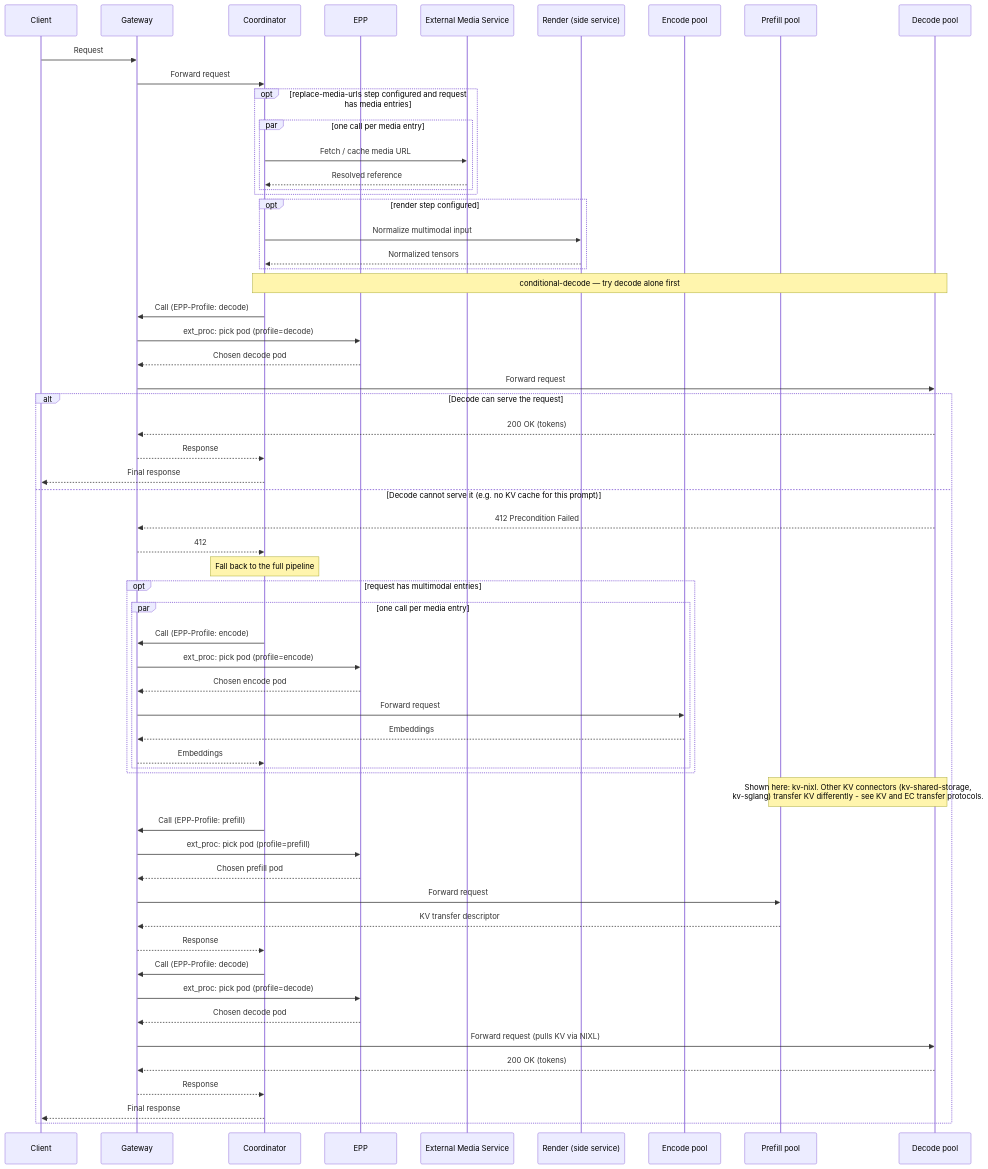
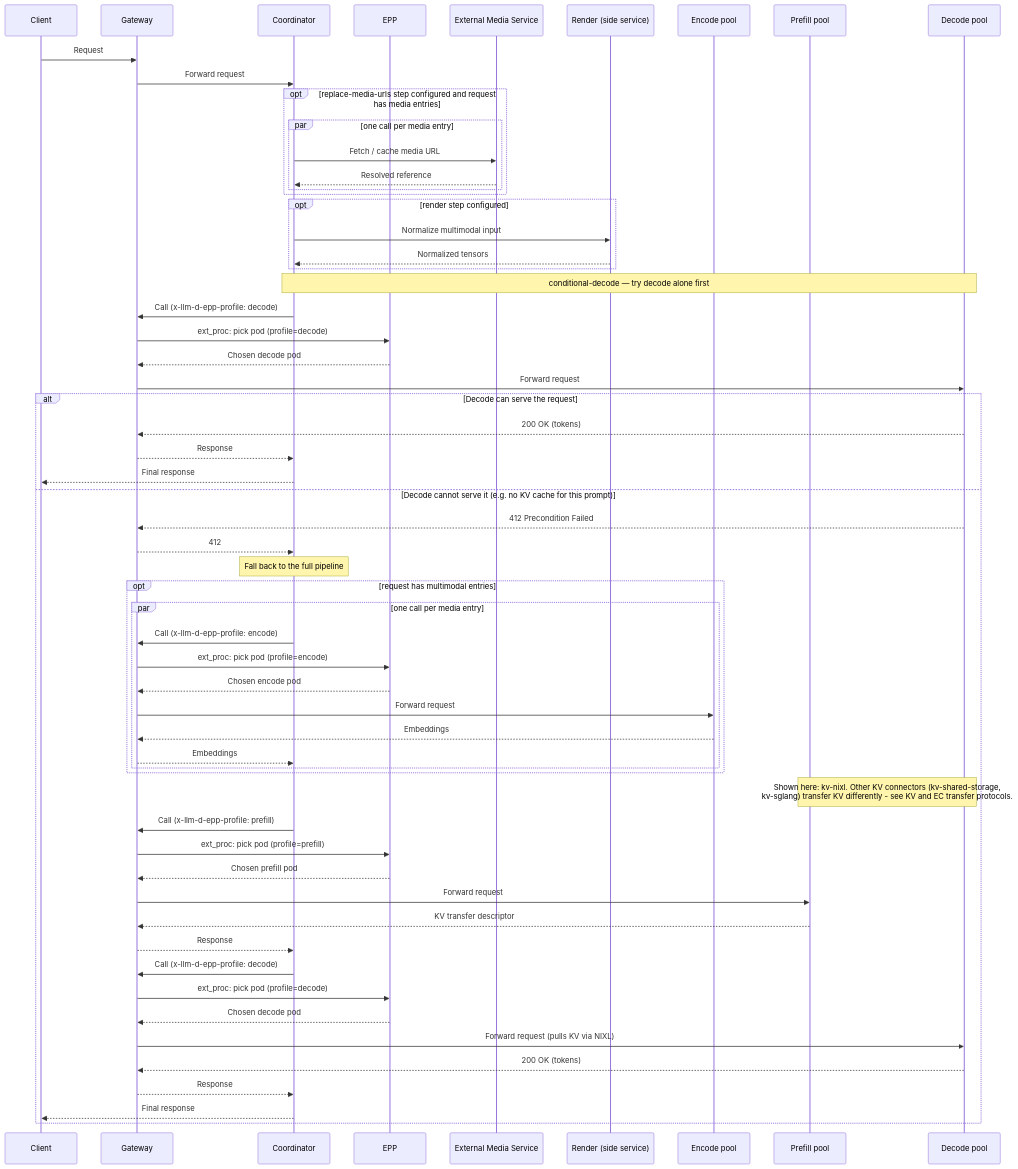
Before and after one commit to mistralai/llm-d-router-public: the diagram in docs/coordinator_architecture.md, drawn with Mermaid. The commit also changed other lines of this file and 35 other files, not shown here.

First line of the commit message:
feat(coordinator) rename coordinator headers to the x-llm-d- prefix (#3200)

````diff
--- a/docs/coordinator_architecture.md
+++ b/docs/coordinator_architecture.md
@@ -144,70 +144,70 @@
 ```mermaid
 sequenceDiagram
     participant Client
     participant Gateway
     participant Coordinator
     participant EPP
     participant Media as External Media Service
     participant Render as Render (side service)
     participant Encode as Encode pool
     participant Prefill as Prefill pool
     participant Decode as Decode pool
 
     Client->>Gateway: Request
     Gateway->>Coordinator: Forward request
 
     opt replace-media-urls step configured and request has media entries
         par one call per media entry
             Coordinator->>Media: Fetch / cache media URL
             Media-->>Coordinator: Resolved reference
         end
     end
 
     opt render step configured
         Coordinator->>Render: Normalize multimodal input
         Render-->>Coordinator: Normalized tensors
     end
 
     Note over Coordinator,Decode: conditional-decode — try decode alone first
-    Coordinator->>Gateway: Call (EPP-Profile: decode)
+    Coordinator->>Gateway: Call (x-llm-d-epp-profile: decode)
     Gateway->>EPP: ext_proc: pick pod (profile=decode)
     EPP-->>Gateway: Chosen decode pod
     Gateway->>Decode: Forward request
 
     alt Decode can serve the request
         Decode-->>Gateway: 200 OK (tokens)
         Gateway-->>Coordinator: Response
         Coordinator-->>Client: Final response
     else Decode cannot serve it (e.g. no KV cache for this prompt)
         Decode-->>Gateway: 412 Precondition Failed
         Gateway-->>Coordinator: 412
         Note over Coordinator: Fall back to the full pipeline
 
         opt request has multimodal entries
             par one call per media entry
-                Coordinator->>Gateway: Call (EPP-Profile: encode)
+                Coordinator->>Gateway: Call (x-llm-d-epp-profile: encode)
                 Gateway->>EPP: ext_proc: pick pod (profile=encode)
                 EPP-->>Gateway: Chosen encode pod
                 Gateway->>Encode: Forward request
                 Encode-->>Gateway: Embeddings
                 Gateway-->>Coordinator: Embeddings
             end
         end
 
         Note over Prefill,Decode: Shown here: kv-nixl. Other KV connectors (kv-shared-storage,<br/>kv-sglang) transfer KV differently - see KV and EC transfer protocols.
-        Coordinator->>Gateway: Call (EPP-Profile: prefill)
+        Coordinator->>Gateway: Call (x-llm-d-epp-profile: prefill)
         Gateway->>EPP: ext_proc: pick pod (profile=prefill)
         EPP-->>Gateway: Chosen prefill pod
         Gateway->>Prefill: Forward request
         Prefill-->>Gateway: KV transfer descriptor
         Gateway-->>Coordinator: Response
 
-        Coordinator->>Gateway: Call (EPP-Profile: decode)
+        Coordinator->>Gateway: Call (x-llm-d-epp-profile: decode)
         Gateway->>EPP: ext_proc: pick pod (profile=decode)
         EPP-->>Gateway: Chosen decode pod
         Gateway->>Decode: Forward request (pulls KV via NIXL)
         Decode-->>Gateway: 200 OK (tokens)
         Gateway-->>Coordinator: Response
         Coordinator-->>Client: Final response
     end
 ```
````
